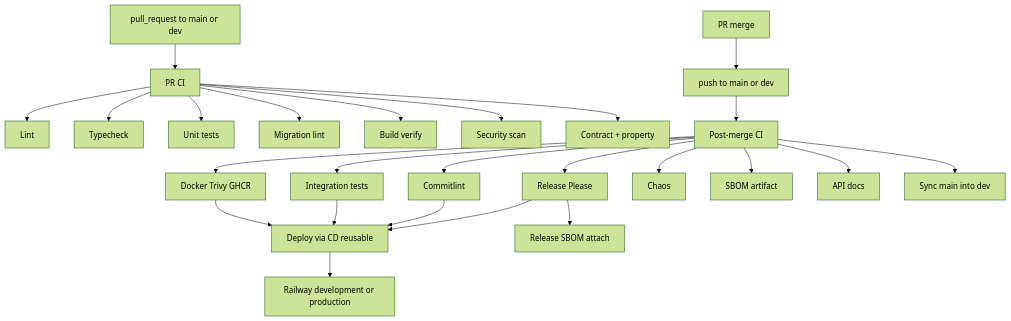
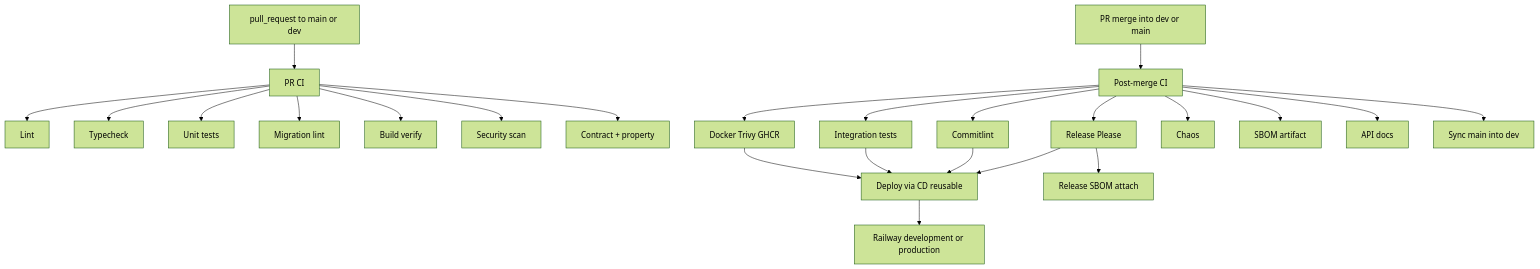
Before and after one commit to nikunjmavani/core-be: the first of 6 diagrams in docs/deployment/ci-cd/cicd-and-deployment.md, drawn with Mermaid (forest theme). The commit also changed other lines of this file and 9 other files, not shown here.

First line of the commit message:
fix(ci): run Post-merge CI only after PR merge to dev or main

````diff
--- a/docs/deployment/ci-cd/cicd-and-deployment.md
+++ b/docs/deployment/ci-cd/cicd-and-deployment.md
@@ -11,32 +11,31 @@
 ```mermaid
 flowchart TD
   PR[pull_request to main or dev] --> PRCI[PR CI]
   PRCI --> Lint[Lint]
   PRCI --> Typecheck[Typecheck]
   PRCI --> Unit[Unit tests]
   PRCI --> MigLint[Migration lint]
   PRCI --> BuildVerify[Build verify]
   PRCI --> Sec[Security scan]
   PRCI --> Contract[Contract + property]
 
-  Merge[PR merge] --> Push[push to main or dev]
-  Push --> PostMerge[Post-merge CI]
+  Merge[PR merge into dev or main] --> PostMerge[Post-merge CI]
 
   PostMerge --> Commitlint[Commitlint]
   PostMerge --> ReleasePlease[Release Please]
   PostMerge --> Integration[Integration tests]
   PostMerge --> Docker[Docker Trivy GHCR]
   PostMerge --> Chaos[Chaos]
   PostMerge --> SBOM[SBOM artifact]
   PostMerge --> APIDocs[API docs]
   PostMerge --> SyncMain[Sync main into dev]
 
   Docker --> Deploy[Deploy via CD reusable]
   Integration --> Deploy
   Commitlint --> Deploy
   ReleasePlease --> Deploy
 
   Deploy --> Railway[Railway development or production]
 
   ReleasePlease --> ReleaseSBOM[Release SBOM attach]
 ```
````
